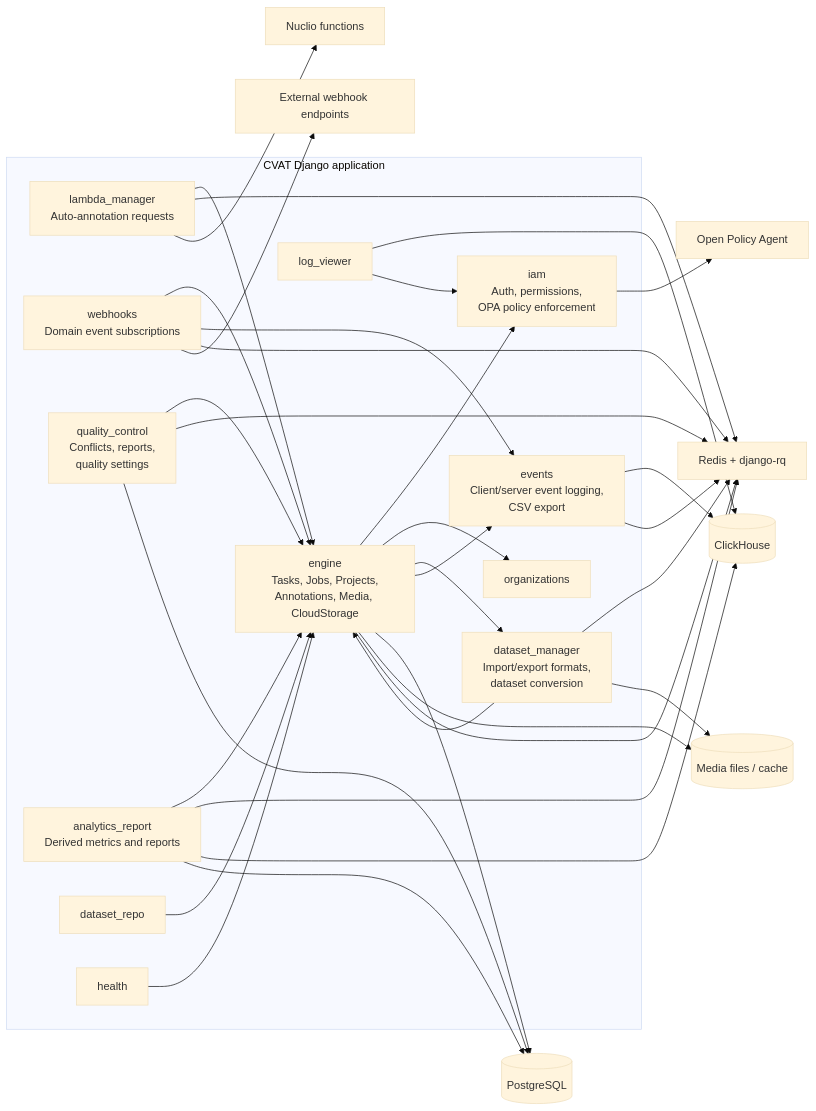
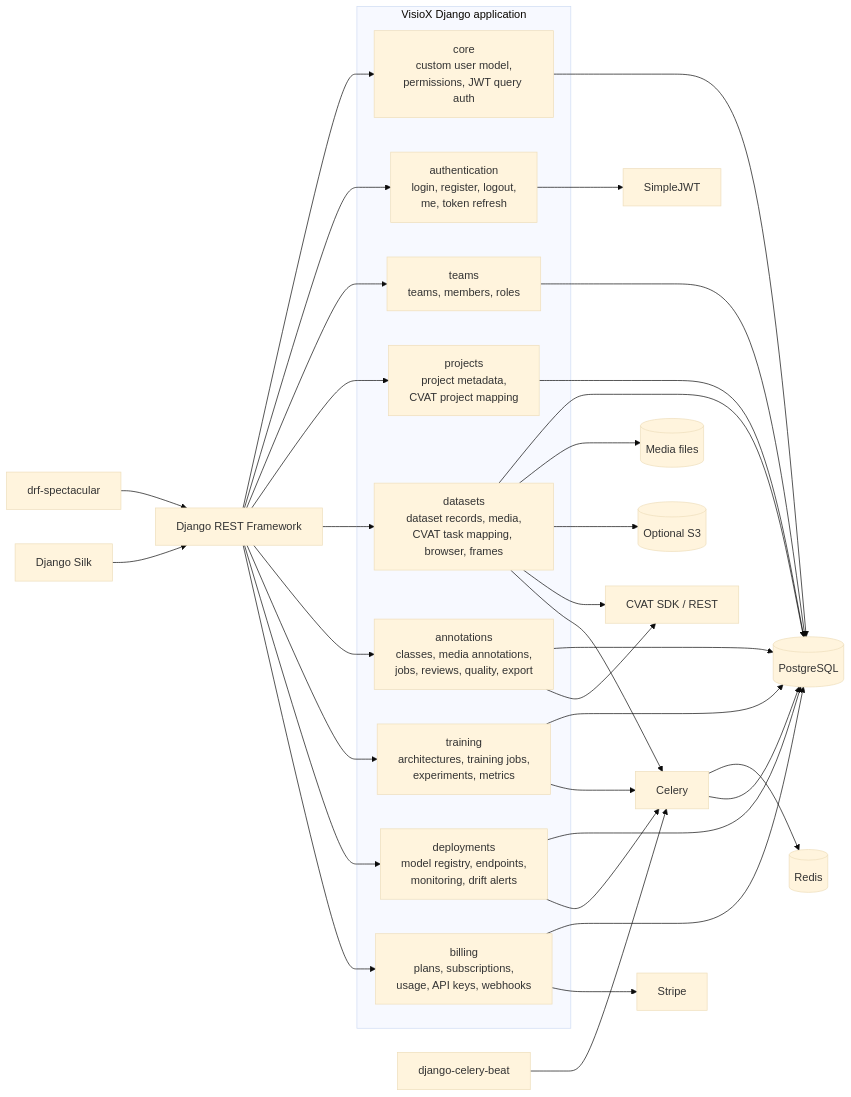
The third of 5 diagrams in ARCHITECTURE_DIAGRAMS.md (the-visiox/visiox), drawn with Mermaid (base theme) before and after one commit. The commit also changed other lines of this file, not shown here.

Commit message:
feat: update architecture diagrams to reflect VisioX backend structure and components

````diff
--- a/ARCHITECTURE_DIAGRAMS.md
+++ b/ARCHITECTURE_DIAGRAMS.md
@@ -189,65 +165,64 @@
 ```mermaid
 flowchart LR
-    subgraph Django[CVAT Django application]
-        Engine["engine<br/>Tasks, Jobs, Projects,<br/>Annotations, Media, CloudStorage"]
-        IAM["iam<br/>Auth, permissions,<br/>OPA policy enforcement"]
-        Orgs[organizations]
-        Dataset["dataset_manager<br/>Import/export formats,<br/>dataset conversion"]
-        Lambda["lambda_manager<br/>Auto-annotation requests"]
-        Events["events<br/>Client/server event logging,<br/>CSV export"]
-        Webhooks["webhooks<br/>Domain event subscriptions"]
-        Quality["quality_control<br/>Conflicts, reports,<br/>quality settings"]
-        Analytics["analytics_report<br/>Derived metrics and reports"]
-        Repo[dataset_repo]
-        Health[health]
-        LogViewer[log_viewer]
+    subgraph Django[VisioX Django application]
+        Core["core<br/>custom user model,<br/>permissions, JWT query auth"]
+        Auth["authentication<br/>login, register, logout,<br/>me, token refresh"]
+        Teams["teams<br/>teams, members, roles"]
+        Projects["projects<br/>project metadata,<br/>CVAT project mapping"]
+        Datasets["datasets<br/>dataset records, media,<br/>CVAT task mapping, browser, frames"]
+        Annot["annotations<br/>classes, media annotations,<br/>jobs, reviews, quality, export"]
+        Training["training<br/>architectures, training jobs,<br/>experiments, metrics"]
+        Deploy["deployments<br/>model registry, endpoints,<br/>monitoring, drift alerts"]
+        Billing["billing<br/>plans, subscriptions,<br/>usage, API keys, webhooks"]
     end
 
-    OPA[Open Policy Agent]
-    RQ[Redis + django-rq]
+    DRF[Django REST Framework]
+    JWT[SimpleJWT]
+    Celery[Celery]
+    Beat[django-celery-beat]
+    Spectacular[drf-spectacular]
+    Silk[Django Silk]
+
     PG[(PostgreSQL)]
-    Media[(Media files / cache)]
-    ClickHouse[(ClickHouse)]
-    Nuclio[Nuclio functions]
-    ExternalHooks[External webhook endpoints]
+    Redis[(Redis)]
+    Media[(Media files)]
+    S3[(Optional S3)]
+    CVAT[CVAT SDK / REST]
+    Stripe[Stripe]
 
-    IAM --> OPA
+    DRF --> Core
+    DRF --> Auth
+    DRF --> Teams
+    DRF --> Projects
+    DRF --> Datasets
+    DRF --> Annot
+    DRF --> Training
+    DRF --> Deploy
+    DRF --> Billing
 
-    Engine --> IAM
-    Engine --> Orgs
-    Engine --> Dataset
-    Engine --> Events
-    Engine --> PG
-    Engine --> Media
-    Engine --> RQ
+    Auth --> JWT
+    Core --> PG
+    Teams --> PG
+    Projects --> PG
+    Datasets --> PG
+    Annot --> PG
+    Training --> PG
+    Deploy --> PG
+    Billing --> PG
 
-    Dataset --> Engine
-    Dataset --> RQ
-    Dataset --> Media
+    Datasets --> Media
+    Datasets --> S3
+    Datasets --> CVAT
+    Annot --> CVAT
+    Billing --> Stripe
 
-    Lambda --> Engine
-    Lambda --> RQ
-    Lambda --> Nuclio
+    Training --> Celery
+    Deploy --> Celery
+    Datasets --> Celery
+    Beat --> Celery
+    Celery --> Redis
+    Celery --> PG
 
-    Webhooks --> Engine
-    Webhooks --> Events
-    Webhooks --> RQ
-    Webhooks --> ExternalHooks
-
-    Quality --> Engine
-    Quality --> RQ
-    Quality --> PG
-
-    Analytics --> Engine
-    Analytics --> RQ
-    Analytics --> ClickHouse
-    Analytics --> PG
-
-    Events --> ClickHouse
-    Events --> RQ
-
-    Repo --> Engine
-    Health --> Engine
-    LogViewer --> ClickHouse
-    LogViewer --> IAM
+    Spectacular --> DRF
+    Silk --> DRF
 ```
````
